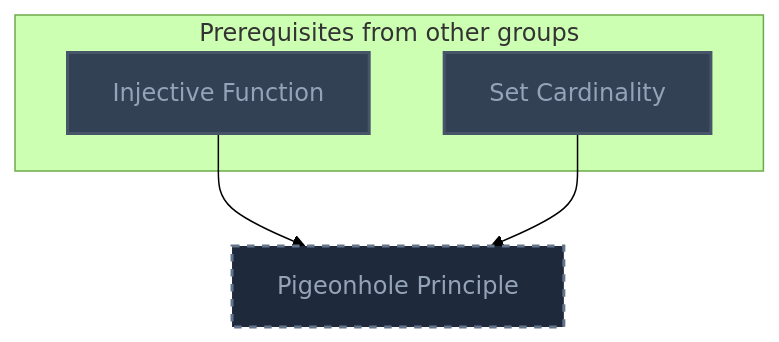
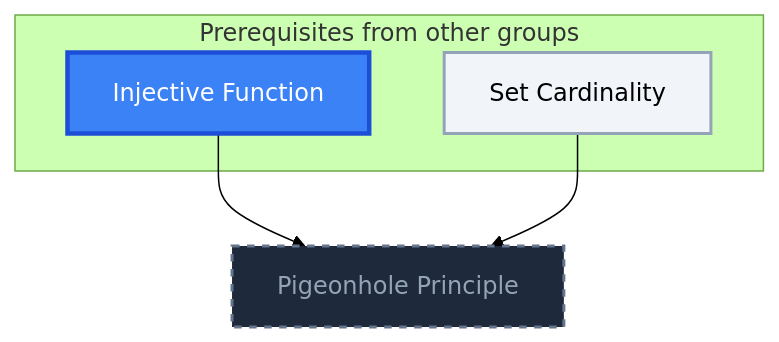
One commit to MRauf1/My-Notes changed the first of 10 diagrams in Gamification/Skill Trees/Theoretical Computer Science.md. Above: the diagram before and after it, drawn with Mermaid (forest theme). The commit also changed other lines of this file and 156 other files, not shown here.

````diff
--- a/Gamification/Skill Trees/Theoretical Computer Science.md
+++ b/Gamification/Skill Trees/Theoretical Computer Science.md
@@ -14,22 +14,23 @@
 ```mermaid
 flowchart TD
     classDef planned fill:#1E293B,stroke:#64748B,stroke-width:2px,stroke-dasharray:5 5,color:#94A3B8;
     classDef locked fill:#334155,stroke:#475569,stroke-width:2px,color:#94A3B8;
     classDef L0 fill:#F1F5F9,stroke:#94A3B8,stroke-width:2px,color:#000000;
     classDef L1 fill:#22C55E,stroke:#15803D,stroke-width:2px,color:#000000;
     classDef L2 fill:#3B82F6,stroke:#1D4ED8,stroke-width:3px,color:#FFFFFF;
     classDef L3 fill:#A855F7,stroke:#6B21A8,stroke-width:3px,color:#FFFFFF,font-weight:bold;
     classDef L4 fill:#F97316,stroke:#C2410C,stroke-width:4px,color:#000000,font-weight:bold;
     classDef L5 fill:#FFD700,stroke:#FF8C00,stroke-width:5px,color:#000000,font-weight:bold;
     classDef rusty stroke:#8B4513,stroke-width:4px,stroke-dasharray:3 3;
     subgraph sg_prereqs["Prerequisites from other groups"]
         n_injective_function["Injective Function"]
         n_set_cardinality["Set Cardinality"]
     end
     n_pigeonhole_principle["Pigeonhole Principle"]
     n_injective_function --> n_pigeonhole_principle
     n_set_cardinality --> n_pigeonhole_principle
     class n_pigeonhole_principle planned;
-    class n_injective_function,n_set_cardinality locked;
+    class n_set_cardinality L0;
+    class n_injective_function L2;
     class n_injective_function,n_set_cardinality internal-link;
 ```
````
